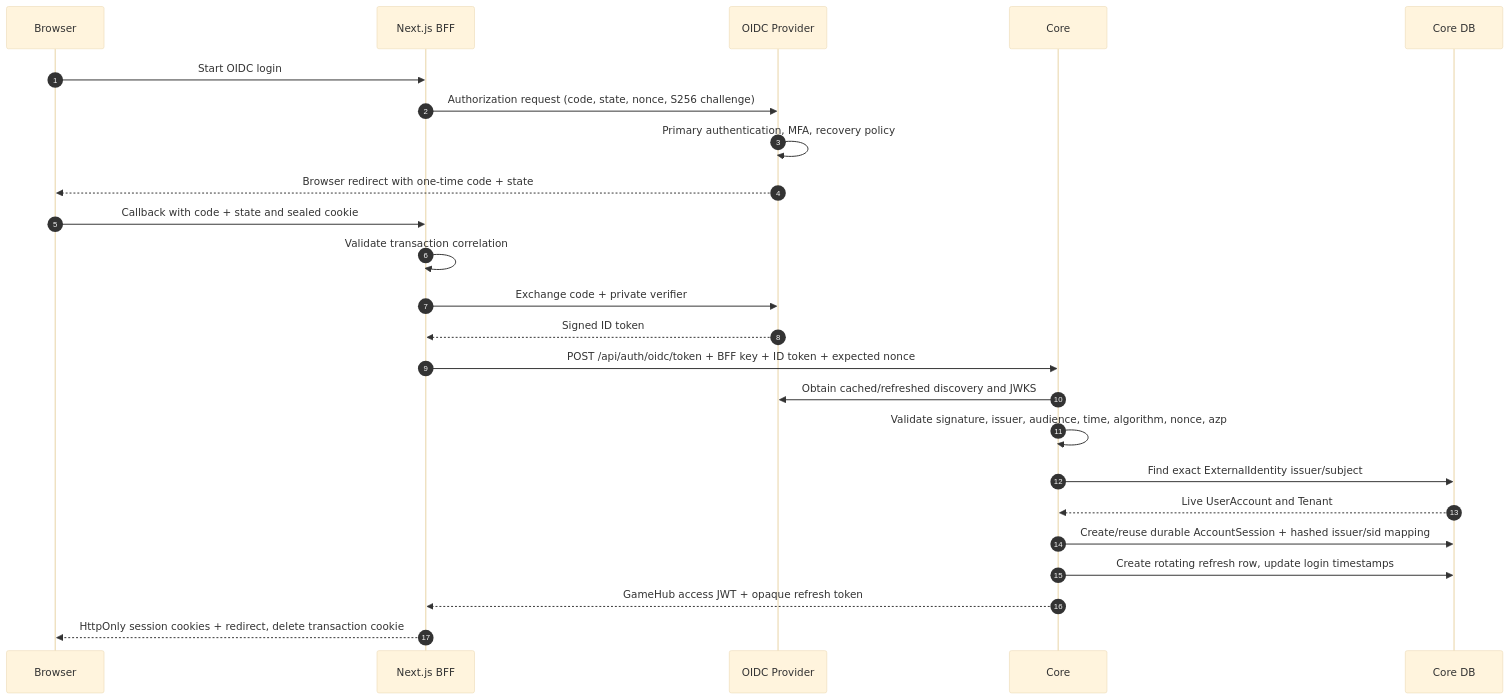
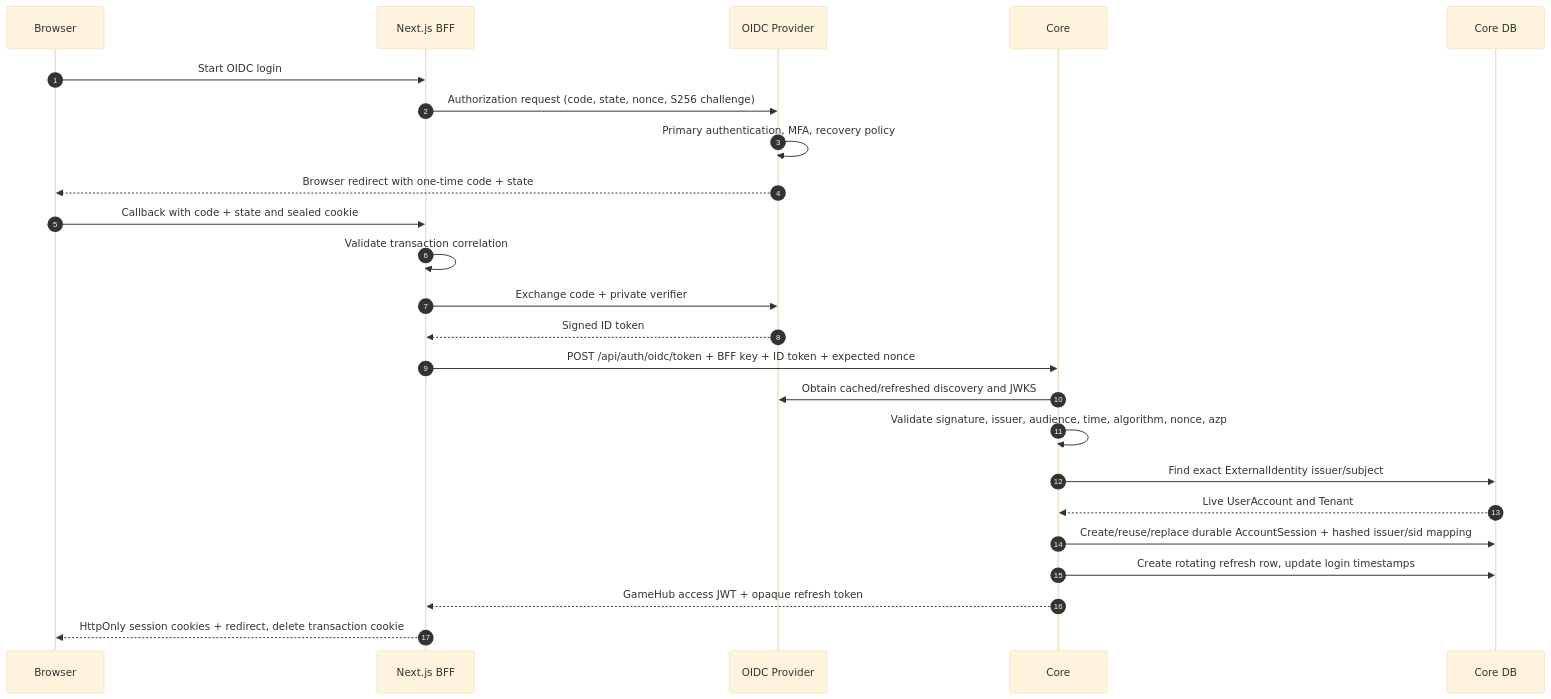
The third of 5 diagrams in docs/oidc-authentication-architecture.md (happticde/gamehub), drawn with Mermaid (base theme) before and after one commit. The commit also changed other lines of this file and 17 other files, not shown here.

````diff
--- a/docs/oidc-authentication-architecture.md
+++ b/docs/oidc-authentication-architecture.md
@@ -306,27 +306,27 @@
 ```mermaid
 sequenceDiagram
    autonumber
    participant U as Browser
    participant B as Next.js BFF
    participant P as OIDC Provider
    participant C as Core
    participant D as Core DB
 
    U->>B: Start OIDC login
    B->>P: Authorization request (code, state, nonce, S256 challenge)
    P->>P: Primary authentication, MFA, recovery policy
    P-->>U: Browser redirect with one-time code + state
    U->>B: Callback with code + state and sealed cookie
    B->>B: Validate transaction correlation
    B->>P: Exchange code + private verifier
    P-->>B: Signed ID token
    B->>C: POST /api/auth/oidc/token + BFF key + ID token + expected nonce
    C->>P: Obtain cached/refreshed discovery and JWKS
    C->>C: Validate signature, issuer, audience, time, algorithm, nonce, azp
    C->>D: Find exact ExternalIdentity issuer/subject
    D-->>C: Live UserAccount and Tenant
-   C->>D: Create/reuse durable AccountSession + hashed issuer/sid mapping
+   C->>D: Create/reuse/replace durable AccountSession + hashed issuer/sid mapping
    C->>D: Create rotating refresh row, update login timestamps
    C-->>B: GameHub access JWT + opaque refresh token
    B-->>U: HttpOnly session cookies + redirect, delete transaction cookie
 ```
````
